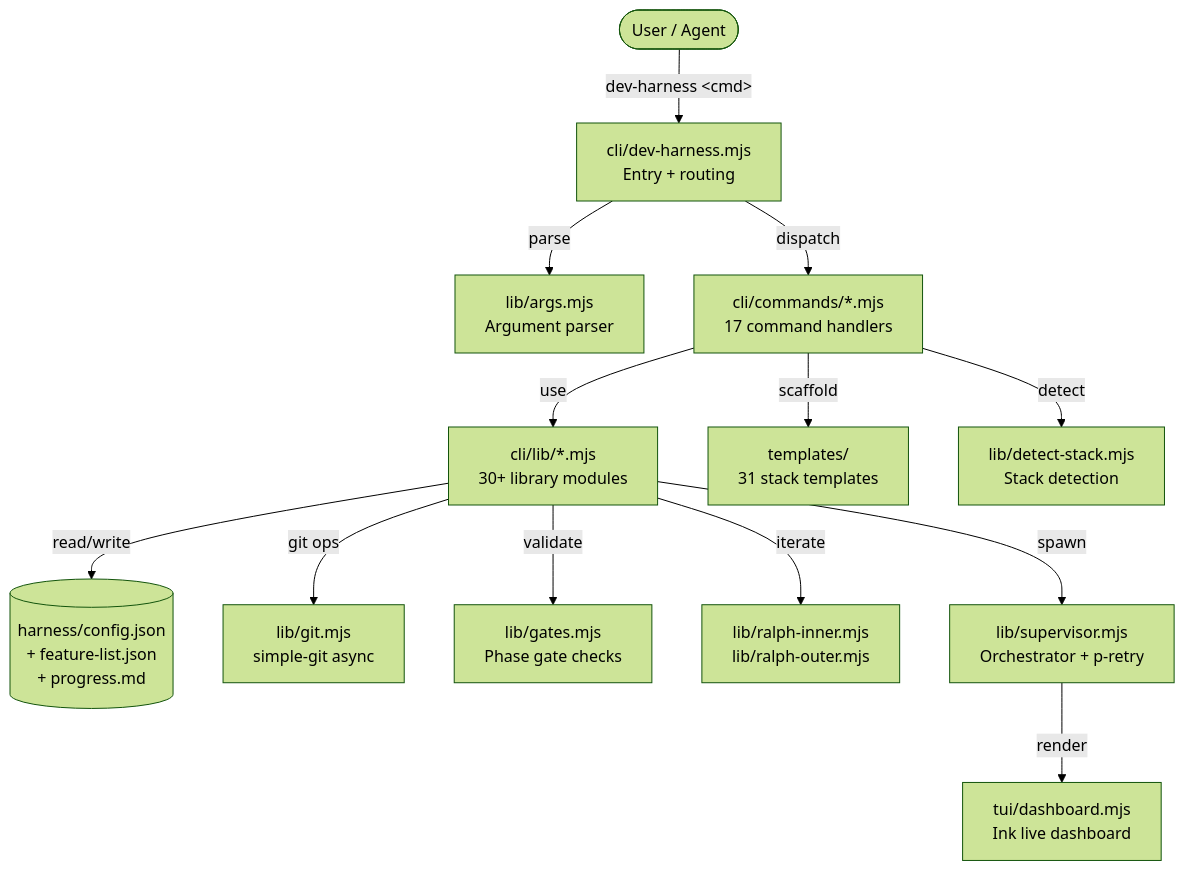
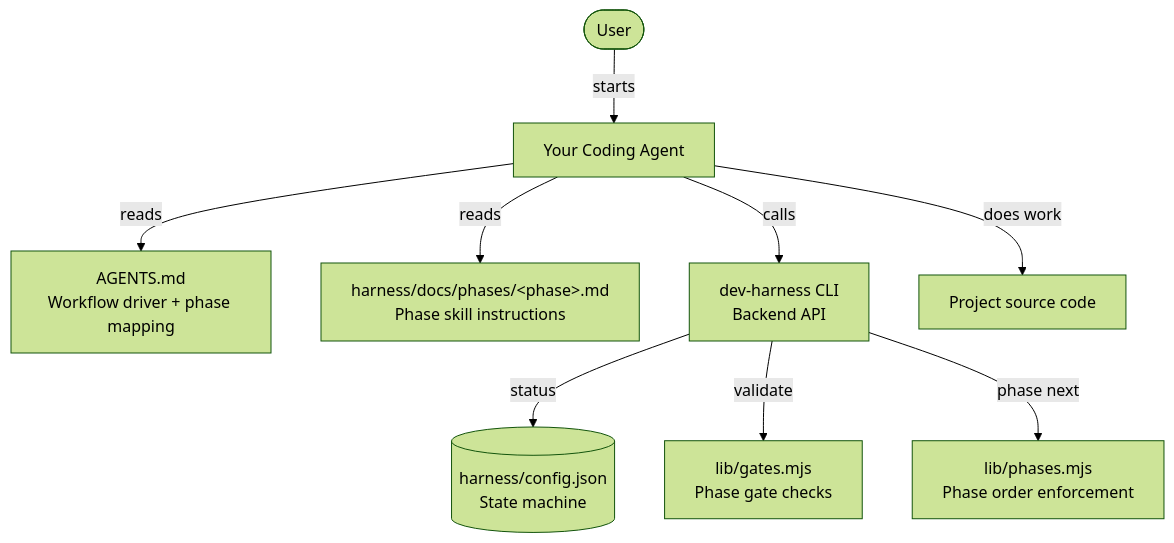
One commit to bakr-bagaber/dev-harness changed the second of 4 diagrams in README.md. Above: the diagram before and after it, drawn with Mermaid (forest theme). The commit also changed other lines of this file and 185 other files, not shown here.

First line of the commit message:
auto-sync from ops — v4.2.0 (lean restructure: rename hermes→skill, rewrite README, remove remnants)

````diff
--- a/README.md
+++ b/README.md
@@ -95,15 +105,11 @@
 ```mermaid
 flowchart TD
-    User([User / Agent]) -->|dev-harness &lt;cmd&gt;| CLI[cli/dev-harness.mjs<br/>Entry + routing]
-    CLI -->|parse| Args[lib/args.mjs<br/>Argument parser]
-    CLI -->|dispatch| Cmds[cli/commands/*.mjs<br/>17 command handlers]
-    Cmds -->|use| Lib[cli/lib/*.mjs<br/>30+ library modules]
-    Lib -->|read/write| State[(harness/config.json<br/>+ feature-list.json<br/>+ progress.md)]
-    Lib -->|git ops| Git[lib/git.mjs<br/>simple-git async]
-    Lib -->|validate| Gates[lib/gates.mjs<br/>Phase gate checks]
-    Lib -->|iterate| Ralph[lib/ralph-inner.mjs<br/>lib/ralph-outer.mjs]
-    Lib -->|spawn| Supervisor[lib/supervisor.mjs<br/>Orchestrator + p-retry]
-    Supervisor -->|render| TUI[tui/dashboard.mjs<br/>Ink live dashboard]
-    Cmds -->|scaffold| Templates[templates/<br/>31 stack templates]
-    Cmds -->|detect| Stacks[lib/detect-stack.mjs<br/>Stack detection]
+    User([User]) -->|starts| Agent[Your Coding Agent]
+    Agent -->|reads| AGENTSMD[AGENTS.md<br/>Workflow driver + phase mapping]
+    Agent -->|reads| PhaseSkill[harness/docs/phases/&lt;phase&gt;.md<br/>Phase skill instructions]
+    Agent -->|calls| CLI[dev-harness CLI<br/>Backend API]
+    CLI -->|status| State[(harness/config.json<br/>State machine)]
+    CLI -->|validate| Gates[lib/gates.mjs<br/>Phase gate checks]
+    CLI -->|phase next| Phase[lib/phases.mjs<br/>Phase order enforcement]
+    Agent -->|does work| Code[Project source code]
 ```
````
